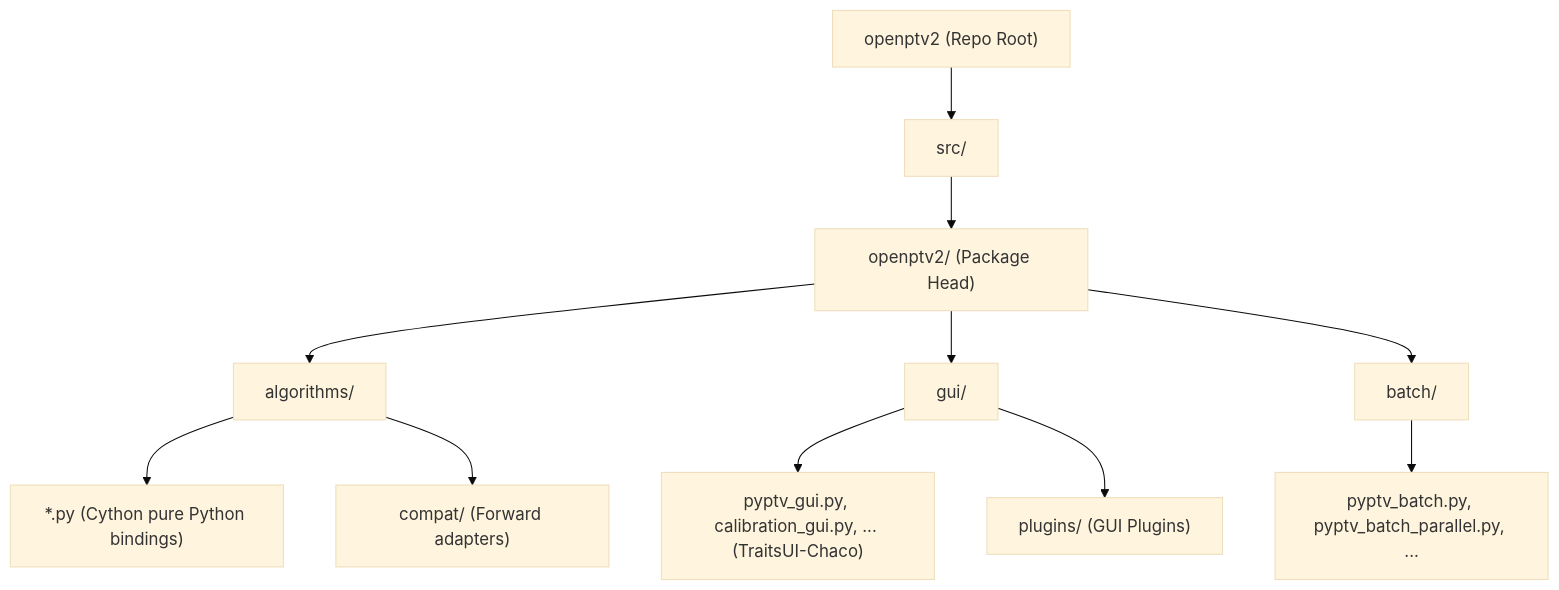
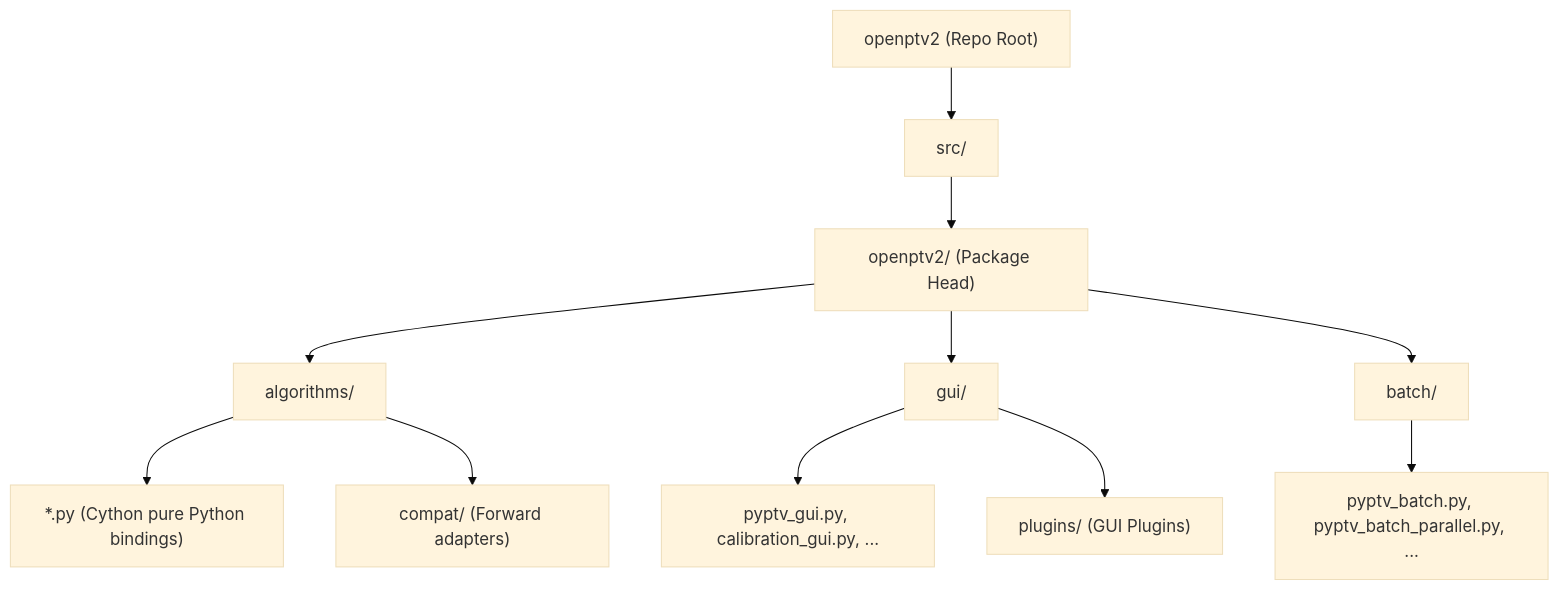
One commit to alexlib/openptv2 changed the diagram in refactoring_plan.md. Above: the diagram before and after it, drawn with Mermaid (base theme). The commit also changed other lines of this file and 6 other files, not shown here.

````diff
--- a/refactoring_plan.md
+++ b/refactoring_plan.md
@@ -16,16 +28,16 @@
 ```mermaid
 graph TD
     Root["openptv2 (Repo Root)"] --> Src["src/"]
     Src --> Head["openptv2/ (Package Head)"]
     
     Head --> Algs["algorithms/"]
     Algs --> AlgFiles["*.py (Cython pure Python bindings)"]
     Algs --> Compat["compat/ (Forward adapters)"]
     
     Head --> GUI["gui/"]
-    GUI --> GUIFiles["pyptv_gui.py, calibration_gui.py, ... (TraitsUI-Chaco)"]
+    GUI --> GUIFiles["pyptv_gui.py, calibration_gui.py, ..."]
     GUI --> Plugins["plugins/ (GUI Plugins)"]
     
     Head --> Batch["batch/"]
     Batch --> BatchFiles["pyptv_batch.py, pyptv_batch_parallel.py, ..."]
 ```
````
